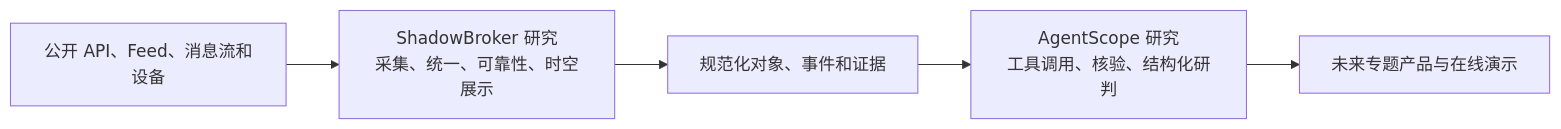
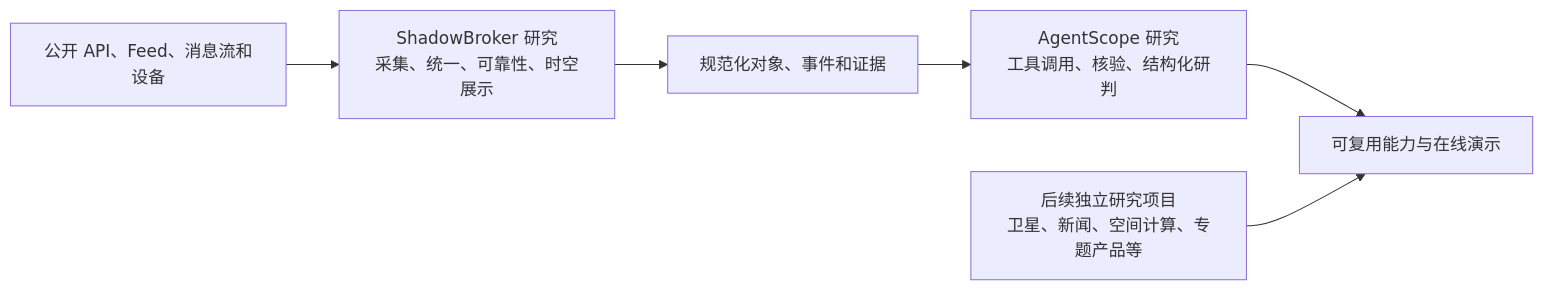
One commit to yydshly/0807_githubcode_study changed the diagram in README.md. Above: the diagram before and after it, drawn with Mermaid. The commit also changed other lines of this file and 6 other files, not shown here.

````diff
--- a/README.md
+++ b/README.md
@@ -18,9 +22,11 @@
 ```mermaid
 flowchart LR
     A["公开 API、Feed、消息流和设备"]
     B["ShadowBroker 研究<br/>采集、统一、可靠性、时空展示"]
     C["规范化对象、事件和证据"]
     D["AgentScope 研究<br/>工具调用、核验、结构化研判"]
-    E["未来专题产品与在线演示"]
+    F["后续独立研究项目<br/>卫星、新闻、空间计算、专题产品等"]
+    E["可复用能力与在线演示"]
     A --> B --> C --> D --> E
+    F --> E
 ```
````
